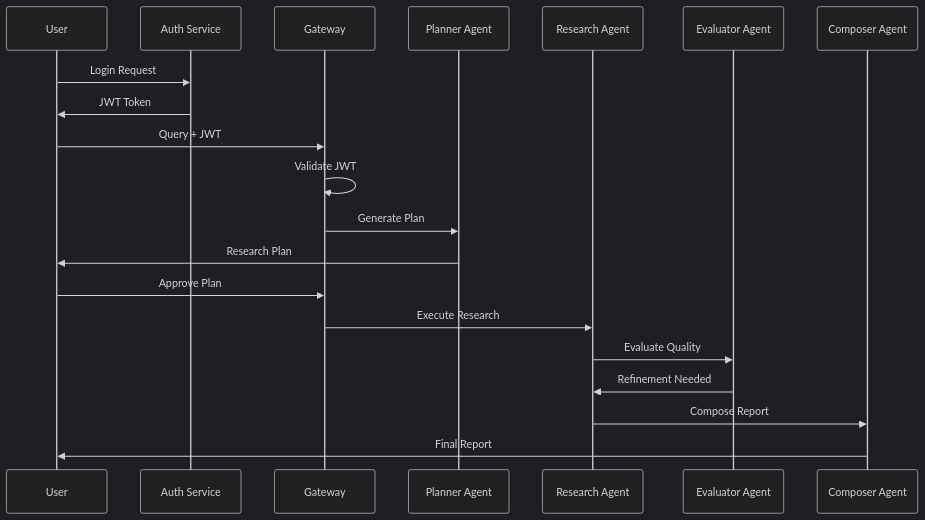
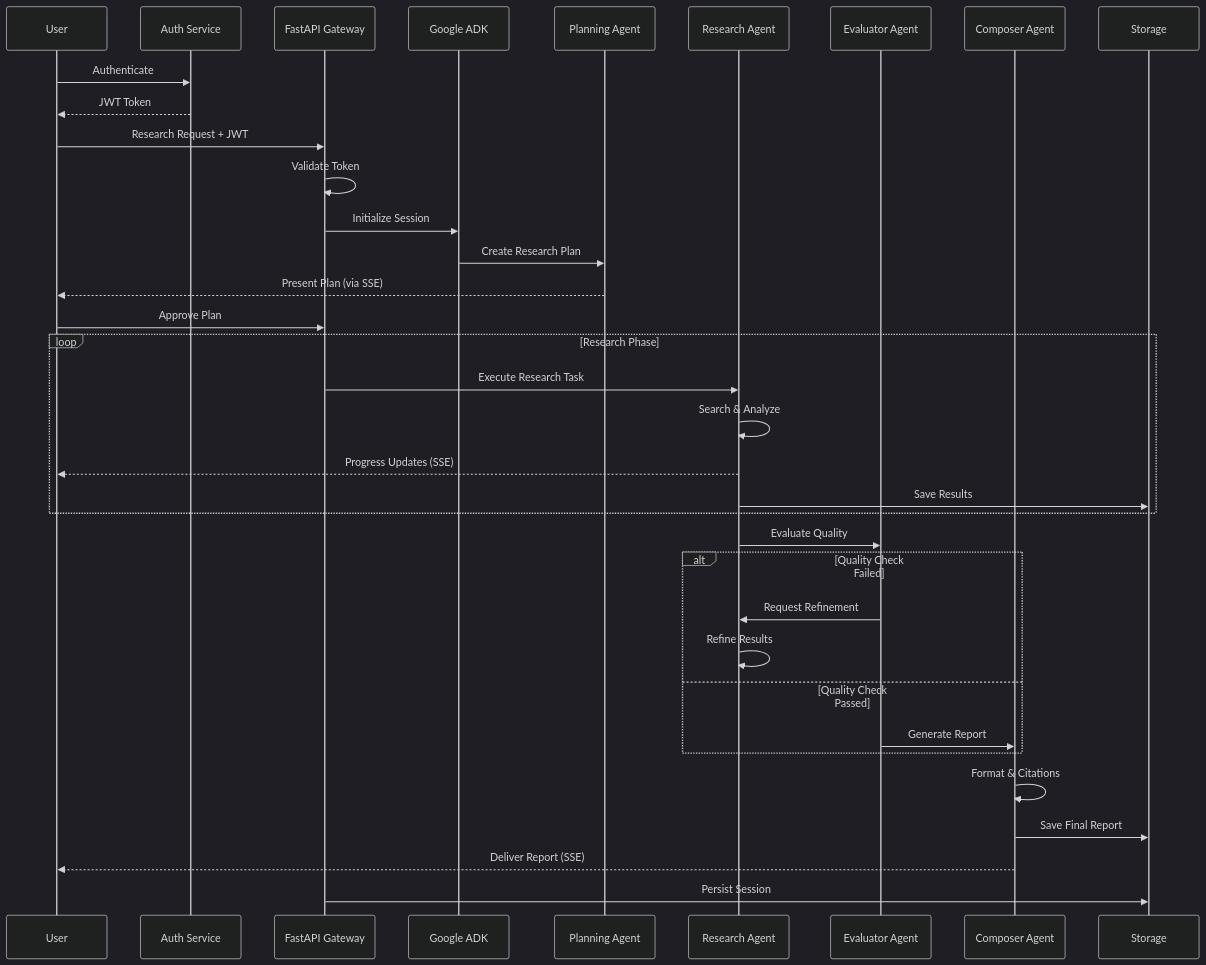
The second of 6 diagrams in README.md (NickB03/vana), drawn with Mermaid (dark theme) before and after one commit. The commit also changed other lines of this file and 2 other files, not shown here.

````diff
--- a/README.md
+++ b/README.md
@@ -204,23 +337,45 @@
 ```mermaid
 sequenceDiagram
-    participant U as User
-    participant A as Auth Service
-    participant G as Gateway
-    participant P as Planner Agent
-    participant R as Research Agent
-    participant E as Evaluator Agent
-    participant C as Composer Agent
+    participant User
+    participant Auth as Auth Service
+    participant API as FastAPI Gateway
+    participant ADK as Google ADK
+    participant Plan as Planning Agent
+    participant Research as Research Agent
+    participant Eval as Evaluator Agent
+    participant Compose as Composer Agent
+    participant Store as Storage
     
-    U->>A: Login Request
-    A->>U: JWT Token
-    U->>G: Query + JWT
-    G->>G: Validate JWT
-    G->>P: Generate Plan
-    P->>U: Research Plan
-    U->>G: Approve Plan
-    G->>R: Execute Research
-    R->>E: Evaluate Quality
-    E->>R: Refinement Needed
-    R->>C: Compose Report
-    C->>U: Final Report
+    User->>Auth: Authenticate
+    Auth-->>User: JWT Token
+    
+    User->>API: Research Request + JWT
+    API->>API: Validate Token
+    API->>ADK: Initialize Session
+    
+    ADK->>Plan: Create Research Plan
+    Plan-->>User: Present Plan (via SSE)
+    User->>API: Approve Plan
+    
+    loop Research Phase
+        API->>Research: Execute Research Task
+        Research->>Research: Search & Analyze
+        Research-->>User: Progress Updates (SSE)
+        Research->>Store: Save Results
+    end
+    
+    Research->>Eval: Evaluate Quality
+    
+    alt Quality Check Failed
+        Eval->>Research: Request Refinement
+        Research->>Research: Refine Results
+    else Quality Check Passed
+        Eval->>Compose: Generate Report
+    end
+    
+    Compose->>Compose: Format & Citations
+    Compose->>Store: Save Final Report
+    Compose-->>User: Deliver Report (SSE)
+    
+    API->>Store: Persist Session
 ```
````
